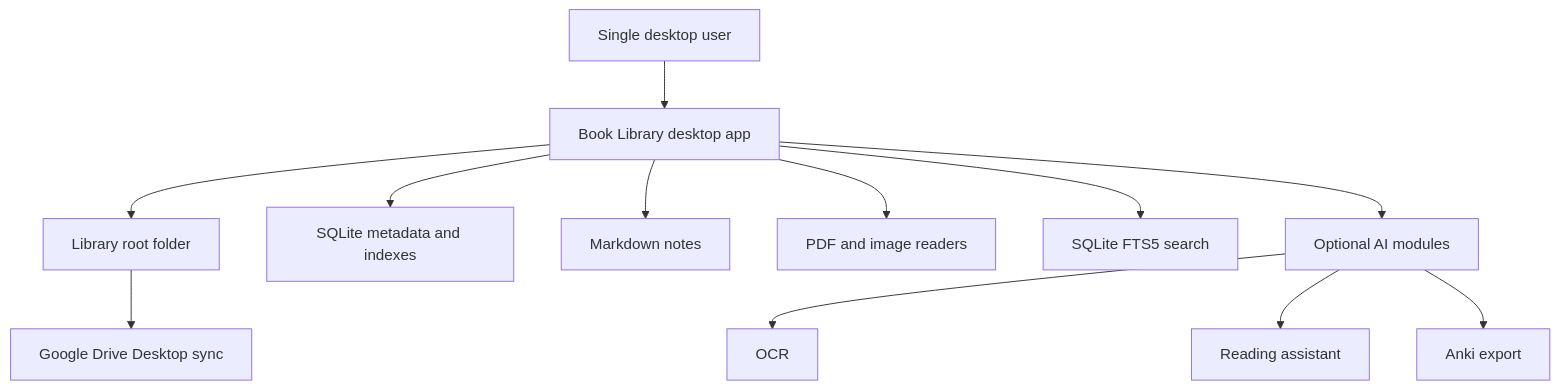
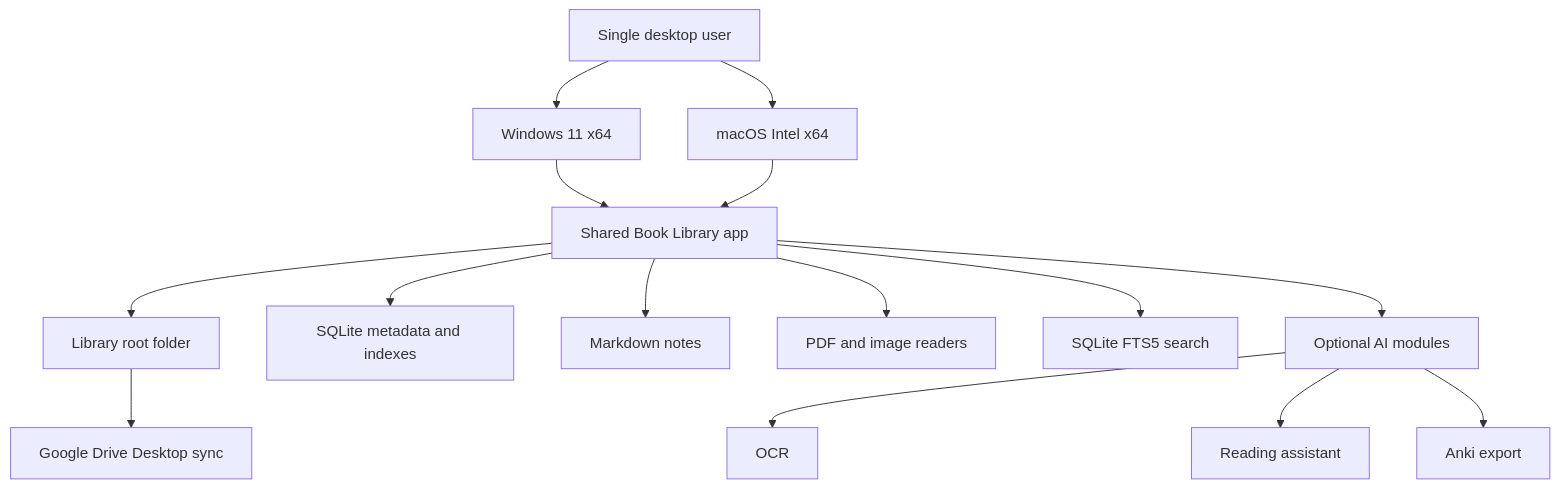
One commit to vuthanhdat/book-library changed the diagram in docs/00-overview/vision.md. Above: the diagram before and after it, drawn with Mermaid. The commit also changed other lines of this file, not shown here.

````diff
--- a/docs/00-overview/vision.md
+++ b/docs/00-overview/vision.md
@@ -39,14 +42,17 @@
 ```mermaid
 flowchart TD
-    User["Single desktop user"] --> App["Book Library desktop app"]
+    User["Single desktop user"] --> Windows["Windows 11 x64"]
+    User --> Mac["macOS Intel x64"]
+    Windows --> App["Shared Book Library app"]
+    Mac --> App
     App --> LibraryRoot["Library root folder"]
     App --> SQLite["SQLite metadata and indexes"]
     App --> Notes["Markdown notes"]
     LibraryRoot --> GoogleDrive["Google Drive Desktop sync"]
     App --> Reader["PDF and image readers"]
     App --> Search["SQLite FTS5 search"]
     App --> OptionalAI["Optional AI modules"]
     OptionalAI --> OCR["OCR"]
     OptionalAI --> Assistant["Reading assistant"]
     OptionalAI --> Anki["Anki export"]
 ```
````
